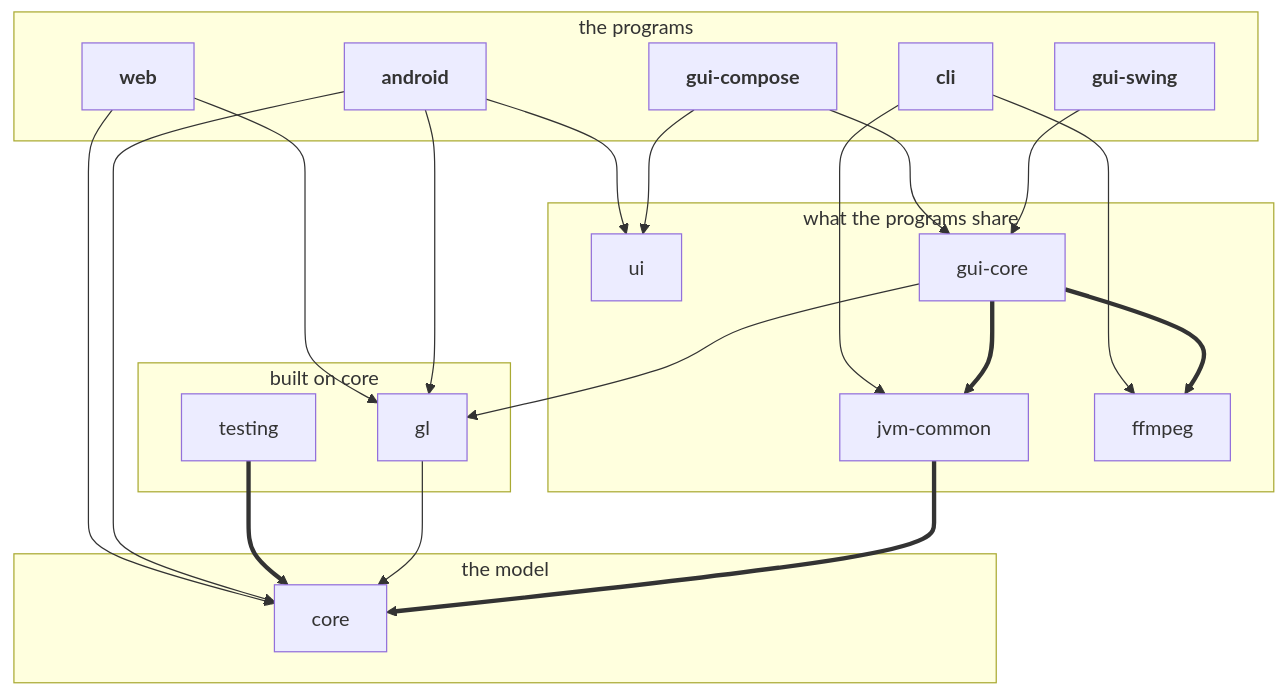
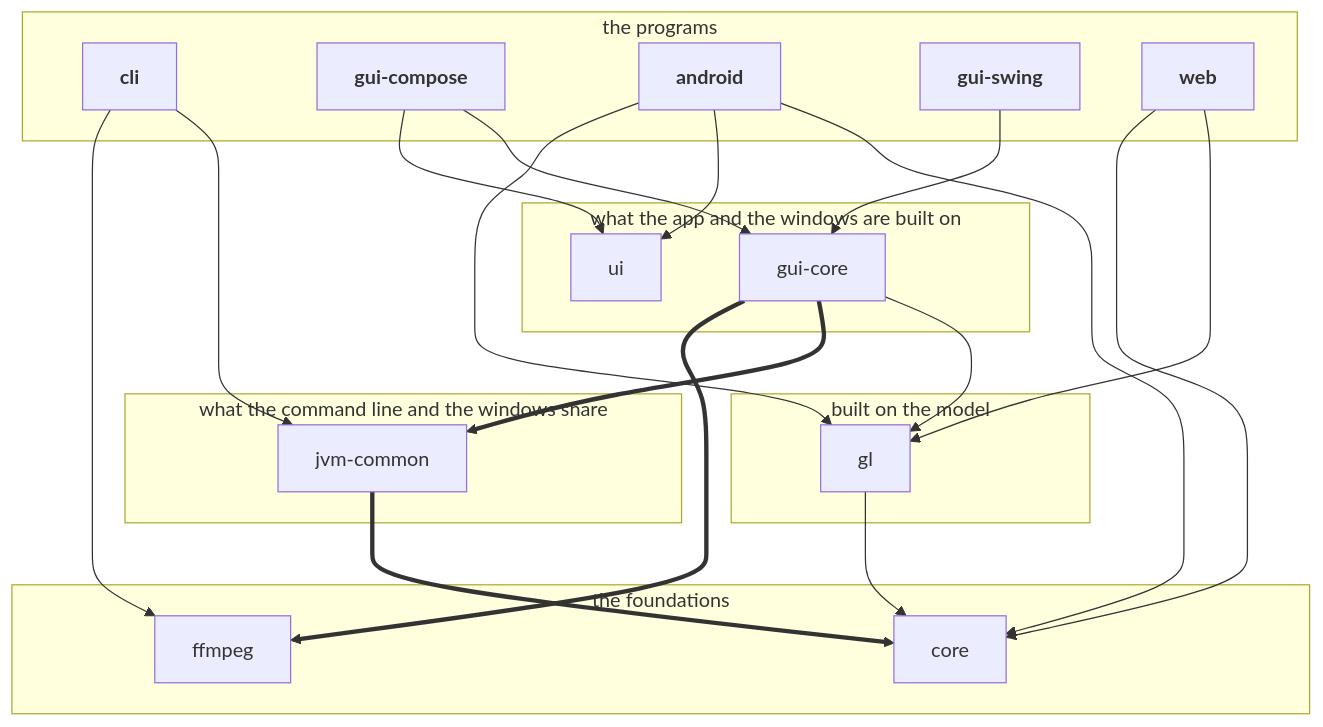
The first of 4 diagrams in docs/developing.md (loplex/sandbox_testing_repo_1), drawn with Mermaid before and after one commit. The commit also changed other lines of this file and 1 other file, not shown here.

````diff
--- a/docs/developing.md
+++ b/docs/developing.md
@@ -96,41 +106,41 @@
 ```mermaid
 graph TD
     subgraph programs [the programs]
+        cli
+        gui-compose
         android
-        gui-compose
         gui-swing
         web
-        cli
     end
-    subgraph shared [what the programs share]
+    subgraph frames [what the app and the windows are built on]
+        gui-core
         ui
-        gui-core
+    end
+    subgraph jvm [what the command line and the windows share]
         jvm-common
-        ffmpeg
     end
-    subgraph base [built on core]
-        testing
+    subgraph services [built on the model]
         gl
     end
-    subgraph model [the model]
+    subgraph foundations [the foundations]
+        ffmpeg
         core
     end
+    gl --> core
+    gui-compose --> ui
+    android --> gl
+    web --> core
+    gui-compose --> gui-core
+    gui-core ==> ffmpeg
     jvm-common ==> core
-    android --> gl
-    gl --> core
+    android --> ui
+    cli --> ffmpeg
+    gui-swing --> gui-core
+    gui-core ==> jvm-common
     gui-core --> gl
-    gui-swing --> gui-core
-    gui-compose --> gui-core
-    testing ==> core
-    gui-core ==> jvm-common
-    gui-core ==> ffmpeg
+    web --> gl
     cli --> jvm-common
-    cli --> ffmpeg
-    gui-compose --> ui
-    web --> gl
     android --> core
-    web --> core
-    android --> ui
     classDef program font-weight:bold
     class android,gui-compose,gui-swing,web,cli program
 ```
````
